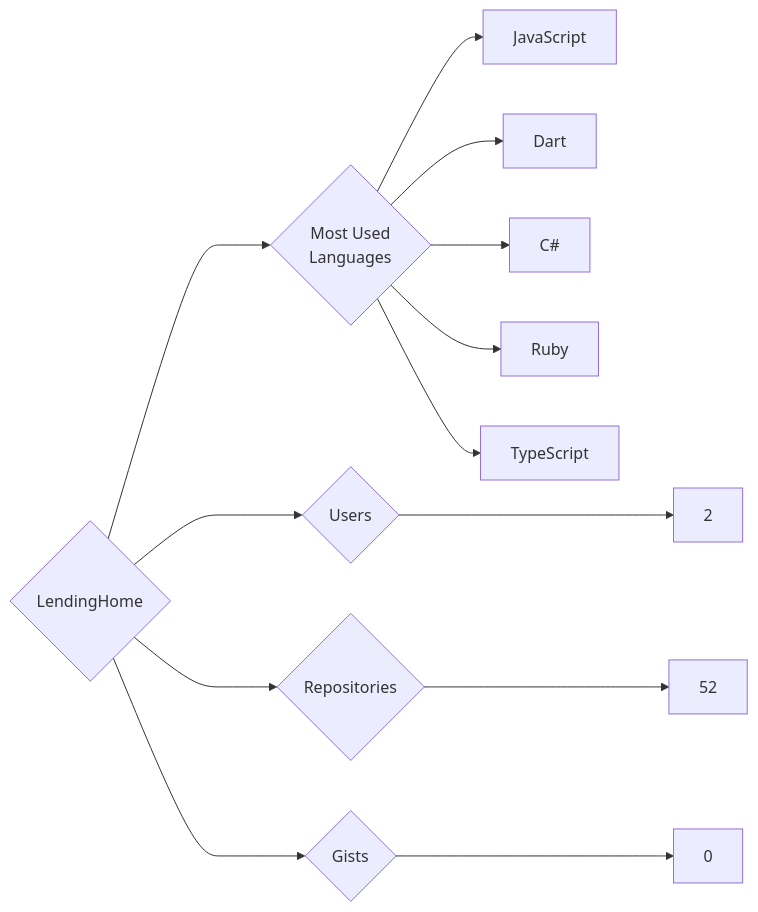
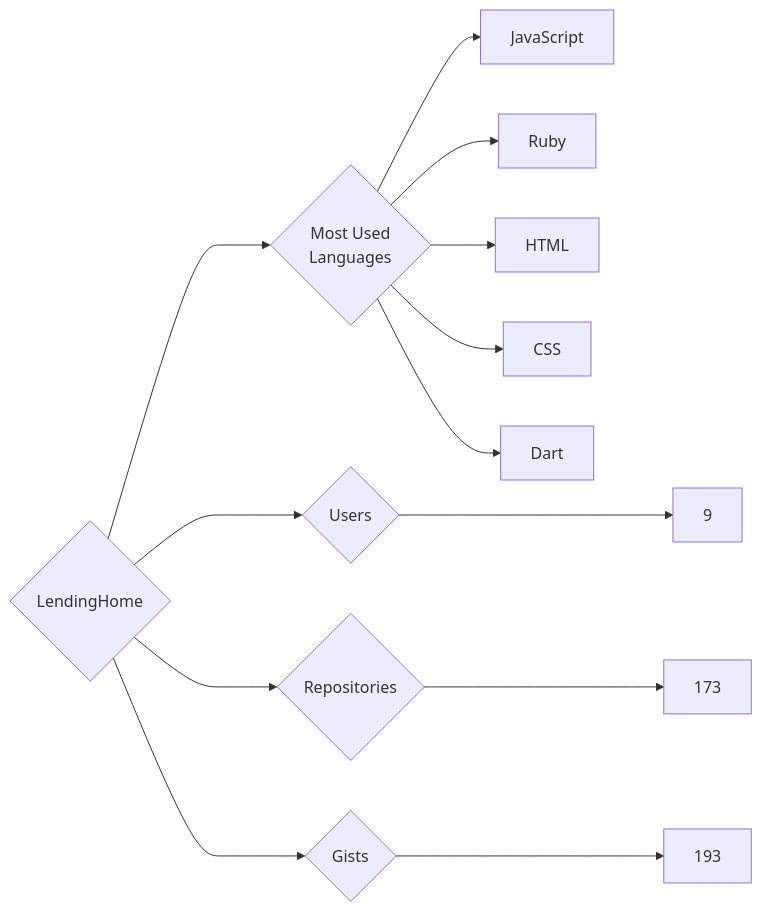
The diagram in targets/LendingHome/README.md (trickest/insiders), drawn with Mermaid before and after one commit. The commit also changed 984 other files, not shown here.

````diff
--- a/targets/LendingHome/README.md
+++ b/targets/LendingHome/README.md
@@ -3,13 +3,13 @@
 ```mermaid
 graph LR
 COMPANY_NAME{LendingHome}
-COMPANY_NAME ---> U{Users} ---> UN[2]
-COMPANY_NAME ---> R{Repositories} ---> RN[52]
-COMPANY_NAME ---> G{Gists} ---> GN[0]
+COMPANY_NAME ---> U{Users} ---> UN[9]
+COMPANY_NAME ---> R{Repositories} ---> RN[173]
+COMPANY_NAME ---> G{Gists} ---> GN[193]
 COMPANY_NAME ---> ML{Most Used<br>Languages}
 ML --> JavaScript[JavaScript]
+ML --> Ruby[Ruby]
+ML --> HTML[HTML]
+ML --> CSS[CSS]
 ML --> Dart[Dart]
-ML --> C#[C#]
-ML --> Ruby[Ruby]
-ML --> TypeScript[TypeScript]
 ```
````
